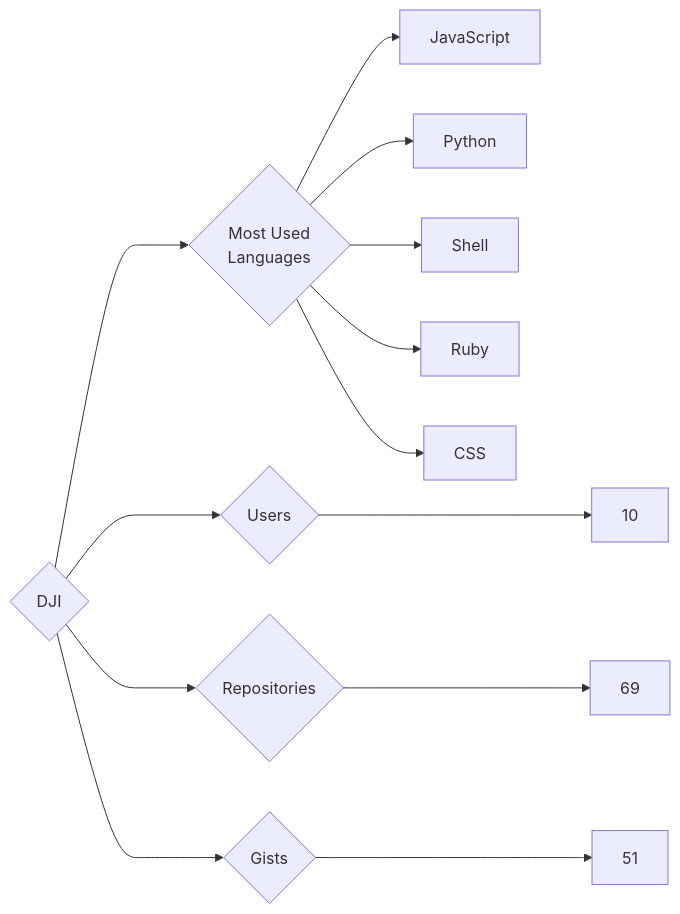
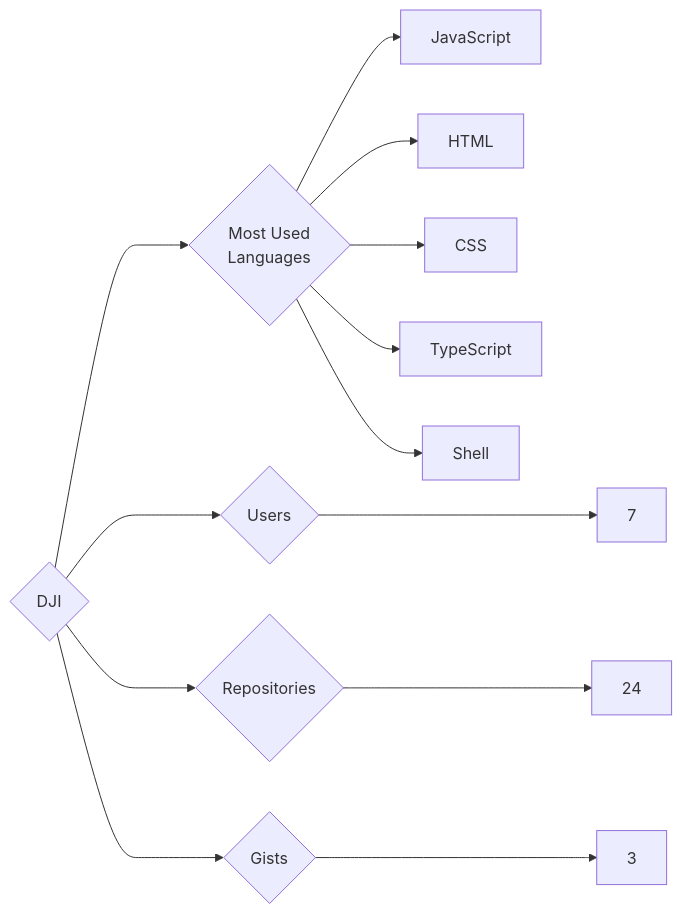
The diagram in targets/DJI/README.md (trickest/insiders), drawn with Mermaid before and after one commit. The commit also changed 857 other files, not shown here.

````diff
--- a/targets/DJI/README.md
+++ b/targets/DJI/README.md
@@ -3,13 +3,13 @@
 ```mermaid
 graph LR
 COMPANY_NAME{DJI}
-COMPANY_NAME ---> U{Users} ---> UN[10]
-COMPANY_NAME ---> R{Repositories} ---> RN[69]
-COMPANY_NAME ---> G{Gists} ---> GN[51]
+COMPANY_NAME ---> U{Users} ---> UN[7]
+COMPANY_NAME ---> R{Repositories} ---> RN[24]
+COMPANY_NAME ---> G{Gists} ---> GN[3]
 COMPANY_NAME ---> ML{Most Used<br>Languages}
 ML --> JavaScript[JavaScript]
-ML --> Python[Python]
+ML --> HTML[HTML]
+ML --> CSS[CSS]
+ML --> TypeScript[TypeScript]
 ML --> Shell[Shell]
-ML --> Ruby[Ruby]
-ML --> CSS[CSS]
 ```
````
